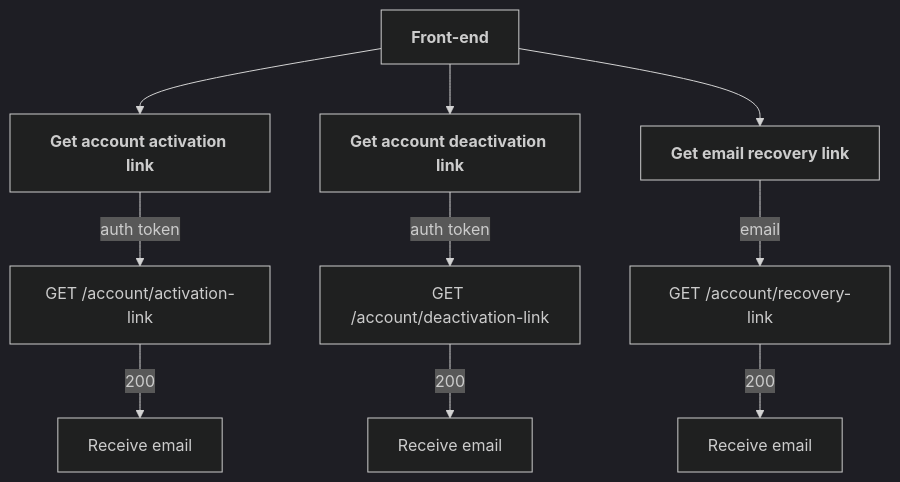
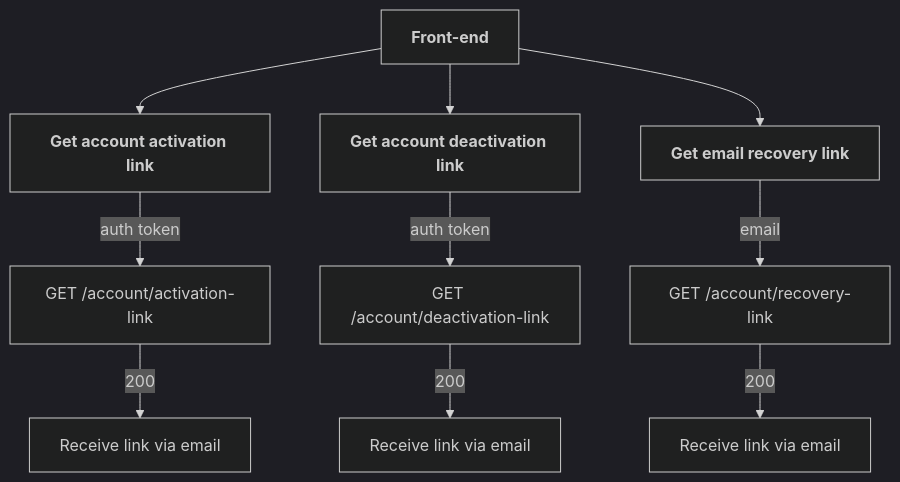
Before and after one commit to Karmello/ask-the-world-api: the first of 12 diagrams in README.md, drawn with Mermaid (dark theme).

````diff
--- a/README.md
+++ b/README.md
@@ -26,7 +26,7 @@
 ```mermaid
 flowchart
 ROOT[<b>Front-end</b>]
-ROOT --> A1[<b>Get account activation link</b>] --> |auth token|A2[GET /account/activation-link] --> |200|A3[Receive email]
-ROOT --> B1[<b>Get account deactivation link</b>] --> |auth token|B2[GET /account/deactivation-link] --> |200|B3[Receive email]
-ROOT --> C1[<b>Get email recovery link</b>] --> |email|C2[GET /account/recovery-link] --> |200|C3[Receive email]
+ROOT --> A1[<b>Get account activation link</b>] --> |auth token|A2[GET /account/activation-link] --> |200|A3[Receive link via email]
+ROOT --> B1[<b>Get account deactivation link</b>] --> |auth token|B2[GET /account/deactivation-link] --> |200|B3[Receive link via email]
+ROOT --> C1[<b>Get email recovery link</b>] --> |email|C2[GET /account/recovery-link] --> |200|C3[Receive link via email]
 ```
````
